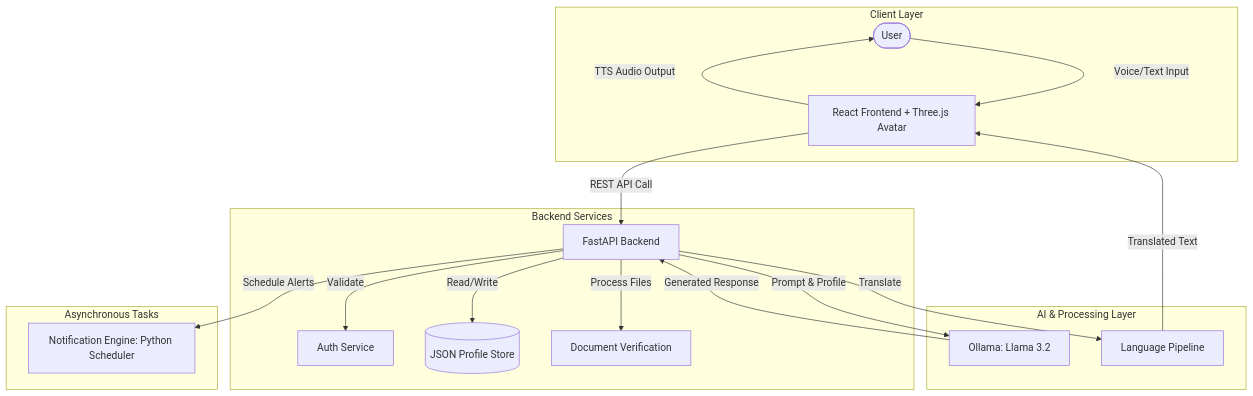
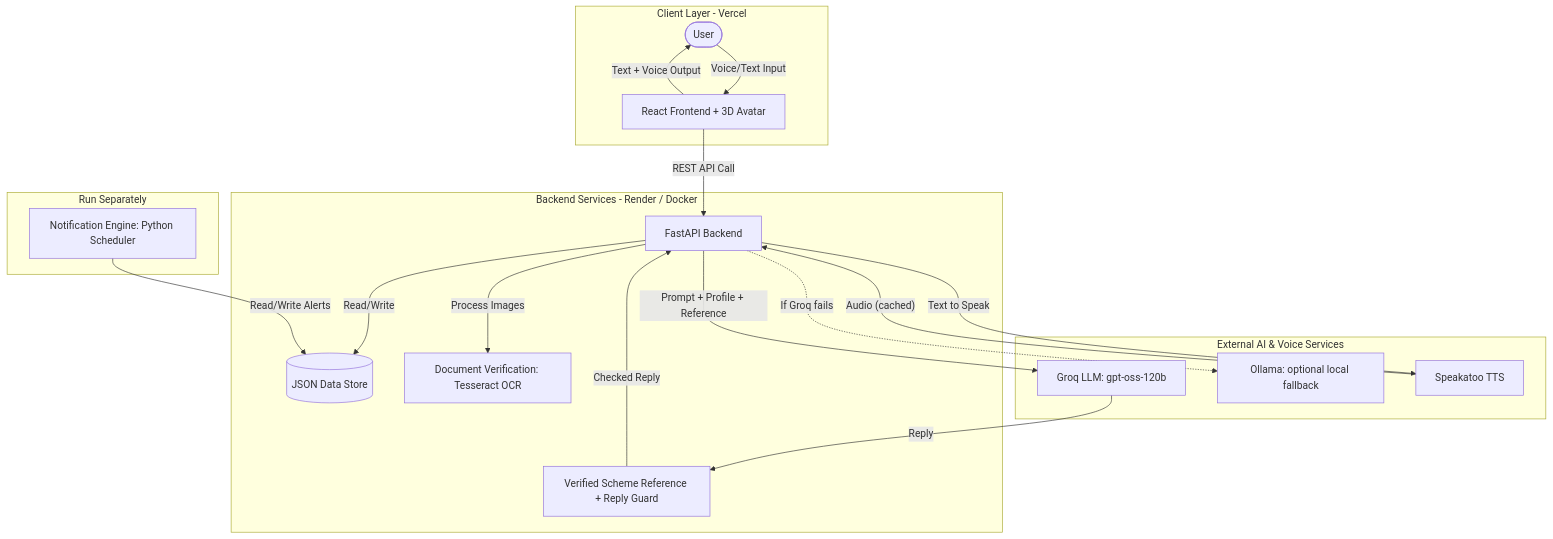
The first of 2 diagrams in README.md (GhiyadShreya/Jansaathi), drawn with Mermaid before and after one commit. The commit also changed other lines of this file, not shown here.

````diff
--- a/README.md
+++ b/README.md
@@ -66,46 +83,39 @@
 ```mermaid
 flowchart TD
-    subgraph Client [Client Layer]
+    subgraph Client [Client Layer - Vercel]
         A([User])
-        B[React Frontend + Three.js Avatar]
+        B[React Frontend + 3D Avatar]
     end
 
-    subgraph Backend [Backend Services]
+    subgraph Backend [Backend Services - Render / Docker]
         C[FastAPI Backend]
-        D[Auth Service]
-        E[(JSON Profile Store)]
-        H[Document Verification]
+        E[(JSON Data Store)]
+        H[Document Verification: Tesseract OCR]
+        R[Verified Scheme Reference + Reply Guard]
     end
 
-    subgraph AI_Engine [AI & Processing Layer]
-        F[Ollama: Llama 3.2]
-        G[Language Pipeline]
+    subgraph External [External AI & Voice Services]
+        F[Groq LLM: gpt-oss-120b]
+        F2[Ollama: optional local fallback]
+        T[Speakatoo TTS]
     end
 
-    subgraph Workers [Asynchronous Tasks]
+    subgraph Workers [Run Separately]
         I[Notification Engine: Python Scheduler]
     end
 
-    %% Client Layer Interactions
     A -- "Voice/Text Input" --> B
-    B -- "TTS Audio Output" --> A
-
-    %% Client to Backend
+    B -- "Text + Voice Output" --> A
     B -- "REST API Call" --> C
 
-    %% Backend Service Interactions
-    C -- "Validate" --> D
     C -- "Read/Write" --> E
-    C -- "Process Files" --> H
+    C -- "Process Images" --> H
+    C -- "Prompt + Profile + Reference" --> F
+    C -. "If Groq fails" .-> F2
+    F -- "Reply" --> R
+    R -- "Checked Reply" --> C
+    C -- "Text to Speak" --> T
+    T -- "Audio (cached)" --> C
 
-    %% Backend to AI Engine
-    C -- "Prompt & Profile" --> F
-    C -- "Translate" --> G
-
-    %% AI Engine Outputs
-    F -- "Generated Response" --> C
-    G -- "Translated Text" --> B
-
-    %% Backend to Workers
-    C -- "Schedule Alerts" --> I
+    I -- "Read/Write Alerts" --> E
 ```
````
